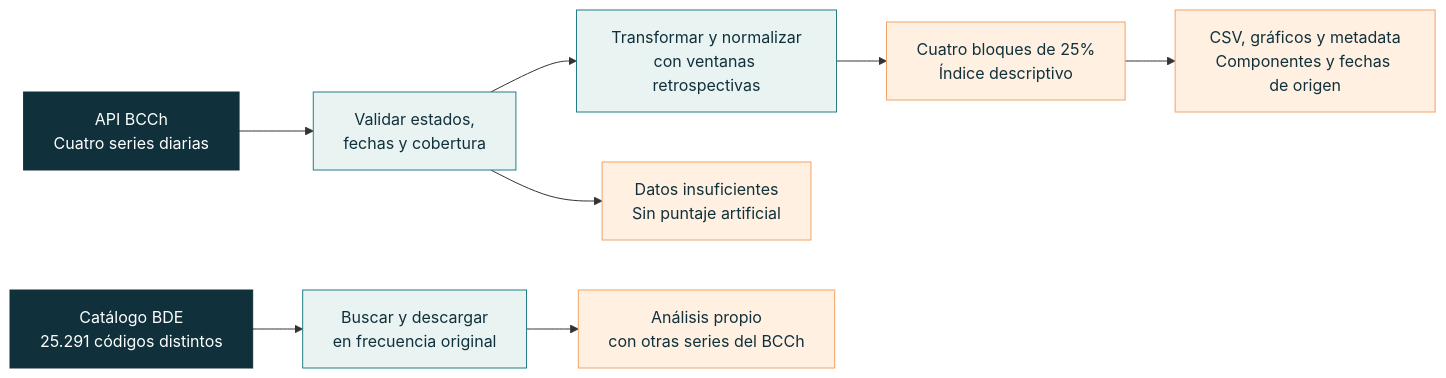
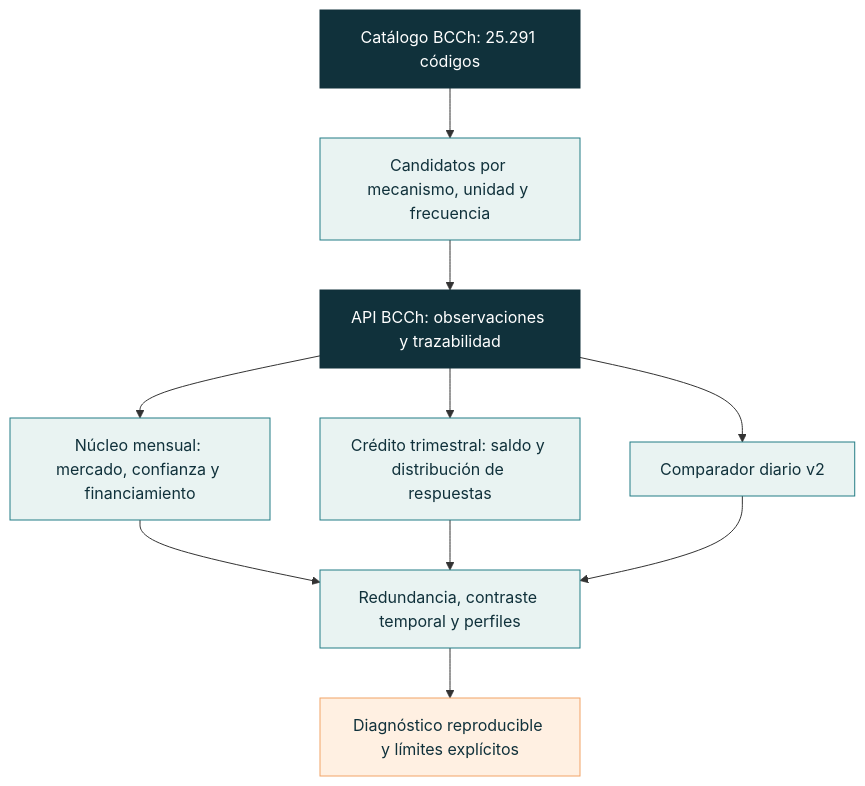
One commit to LautaroParada/Indice-de-miedo-y-codicia changed the diagram in README.md. Above: the diagram before and after it, drawn with Mermaid. The commit also changed other lines of this file and 20 other files, not shown here.

````diff
--- a/README.md
+++ b/README.md
@@ -79,16 +99,18 @@
 ```mermaid
-flowchart LR
-    A["API BCCh<br/>Cuatro series diarias"] --> B["Validar estados,<br/>fechas y cobertura"]
-    B --> C["Transformar y normalizar<br/>con ventanas retrospectivas"]
-    C --> D["Cuatro bloques de 25%<br/>Índice descriptivo"]
-    D --> E["CSV, gráficos y metadata<br/>Componentes y fechas de origen"]
-    B --> F["Datos insuficientes<br/>Sin puntaje artificial"]
-    G["Catálogo BDE<br/>25.291 códigos distintos"] --> H["Buscar y descargar<br/>en frecuencia original"]
-    H --> I["Análisis propio<br/>con otras series del BCCh"]
-    classDef source fill:#10313b,color:#ffffff,stroke:#10313b;
-    classDef process fill:#e9f3f2,color:#10313b,stroke:#237d85;
+flowchart TD
+    A["Catálogo BCCh: 25.291 códigos"] --> B["Candidatos por mecanismo, unidad y frecuencia"]
+    B --> C["API BCCh: observaciones y trazabilidad"]
+    C --> D["Núcleo mensual: mercado, confianza y financiamiento"]
+    C --> E["Crédito trimestral: saldo y distribución de respuestas"]
+    C --> F["Comparador diario v2"]
+    D --> G["Redundancia, contraste temporal y perfiles"]
+    E --> G
+    F --> G
+    G --> H["Diagnóstico reproducible y límites explícitos"]
+    classDef source fill:#10313b,color:#fff,stroke:#10313b;
+    classDef analysis fill:#e9f3f2,color:#10313b,stroke:#237d85;
     classDef output fill:#fff0e2,color:#10313b,stroke:#f2a367;
-    class A,G source;
-    class B,C,H process;
-    class D,E,F,I output;
+    class A,C source;
+    class B,D,E,F,G analysis;
+    class H output;
 ```
````
